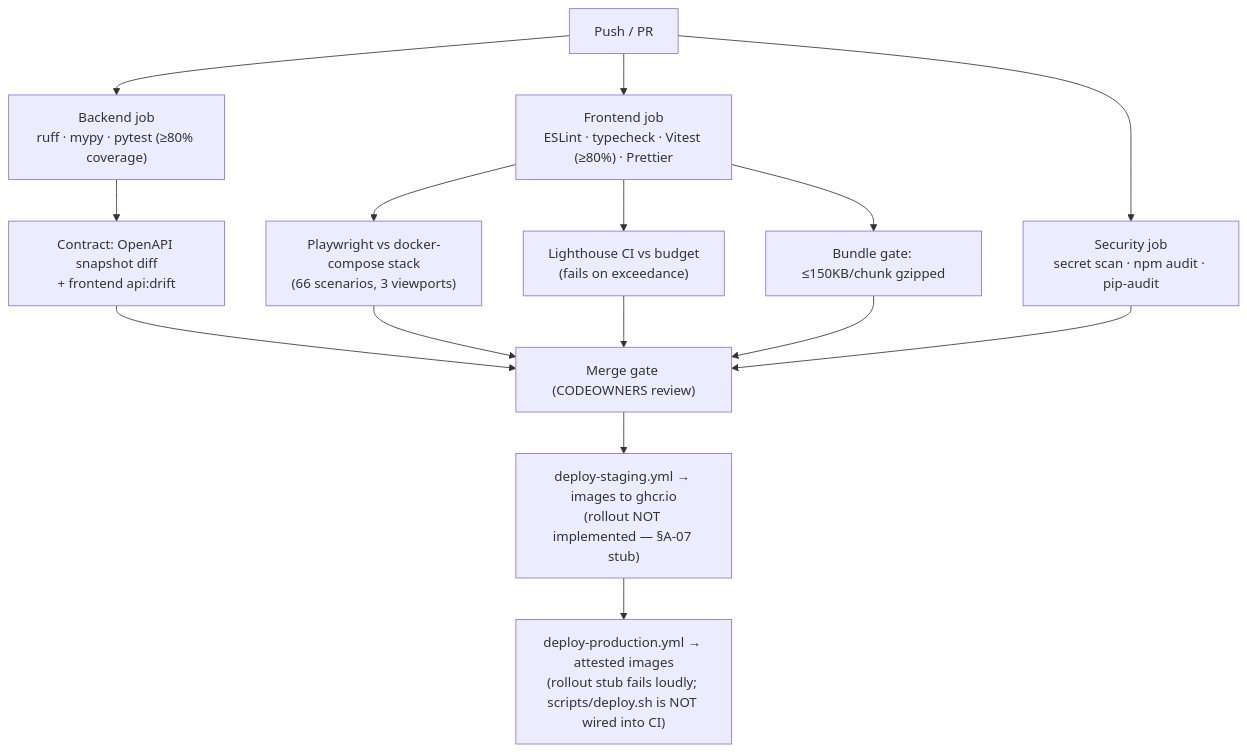
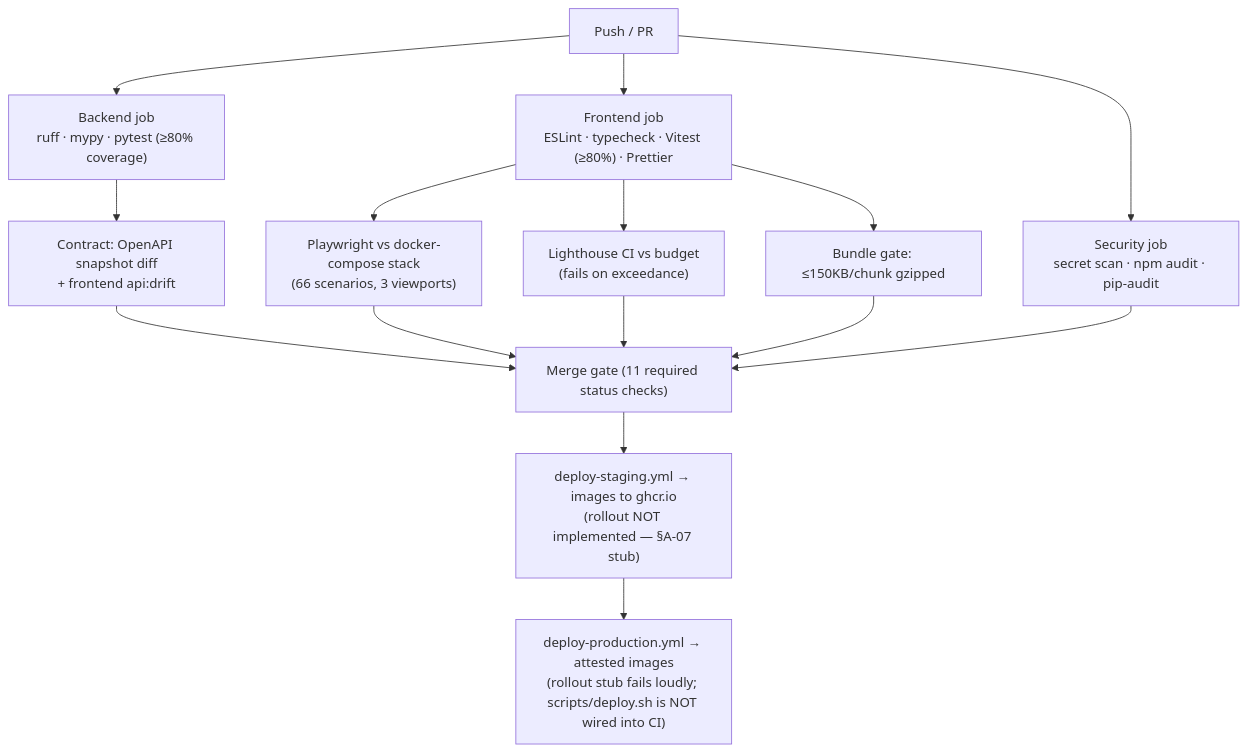
Before and after one commit to jolarca-dev/jolarca: the diagram in docs/TESTING_STRATEGY.md, drawn with Mermaid. The commit also changed 15 other files, not shown here.

````diff
--- a/docs/TESTING_STRATEGY.md
+++ b/docs/TESTING_STRATEGY.md
@@ -54,17 +54,17 @@
 ```mermaid
 flowchart TD
     PR["Push / PR"] --> BE["Backend job<br/>ruff · mypy · pytest (≥80% coverage)"]
     PR --> FE["Frontend job<br/>ESLint · typecheck · Vitest (≥80%) · Prettier"]
     PR --> SEC["Security job<br/>secret scan · npm audit · pip-audit"]
     BE --> CT["Contract: OpenAPI snapshot diff<br/>+ frontend api:drift"]
     FE --> E2E["Playwright vs docker-compose stack<br/>(66 scenarios, 3 viewports)"]
     FE --> LH["Lighthouse CI vs budget<br/>(fails on exceedance)"]
     FE --> BA["Bundle gate: ≤150KB/chunk gzipped"]
-    CT --> MERGE["Merge gate (CODEOWNERS review)"]
+    CT --> MERGE["Merge gate (11 required status checks)"]
     E2E --> MERGE
     LH --> MERGE
     BA --> MERGE
     SEC --> MERGE
     MERGE --> STG["deploy-staging.yml → images to ghcr.io<br/>(rollout NOT implemented — §A-07 stub)"]
     STG --> PROD["deploy-production.yml → attested images<br/>(rollout stub fails loudly; scripts/deploy.sh is NOT wired into CI)"]
 ```
````
